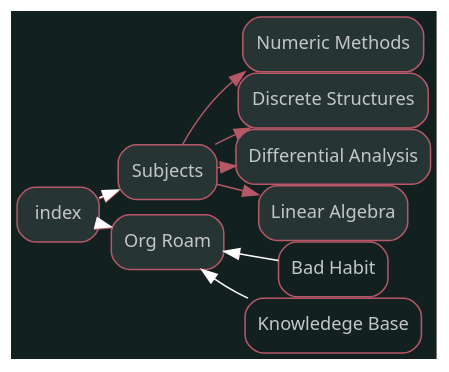
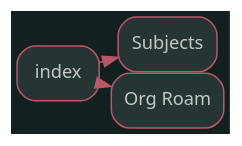
One commit to Kalelzar/Knowledge changed the diagram in src/dot/index.dot. Above: the diagram before and after it, drawn with Graphviz. The commit also changed 484 other files, not shown here.

```diff
--- a/src/dot/index.dot
+++ b/src/dot/index.dot
@@ -1,4 +1,4 @@
 digraph "index" {graph [nodesep=0,ranksep=0,rankdir="LR",bgcolor="#132020"];node [shape="rectangle",style="rounded,filled",fontname="sans",fontsize="12px",labelfontname="sans",color="#b75867",fillcolor="#273434",fontcolor="#c4c7c7"];"index" [label="index",tooltip="index",URL="/Knowledge/index.html",target="_parent"];"Subjects" [label="Subjects",tooltip="Subjects",URL="/Knowledge/Subjects.html",target="_parent"];"Org Roam" [label="Org Roam",tooltip="Org Roam",URL="/Knowledge/Org Roam.html",target="_parent"];subgraph "Forward index" {edge [color="#b75867"];"index" -> "Subjects";"index" -> "Org Roam";}
-node [shape="rectangle",style="rounded",fontname="sans",fontsize="12px",labelfontname="sans",color="#b75867",fillcolor="#FFFFFF",fontcolor="#c4c7c7"];subgraph "Backward index" {edge [dir="back",color="#FFFFFF"];}node [shape="rectangle",style="rounded,filled",fontname="sans",fontsize="12px",labelfontname="sans",color="#b75867",fillcolor="#273434",fontcolor="#c4c7c7"];"Subjects" [label="Subjects",tooltip="Subjects",URL="/Knowledge/Subjects.html",target="_parent"];"Numeric Methods" [label="Numeric Methods",tooltip="Numeric Methods",URL="/Knowledge/Numeric Methods.html",target="_parent"];"Discrete Structures" [label="Discrete Structures",tooltip="Discrete Structures",URL="/Knowledge/Discrete Structures.html",target="_parent"];"Differential Analysis" [label="Differential Analysis",tooltip="Differential Analysis",URL="/Knowledge/Differential Analysis.html",target="_parent"];"Linear Algebra" [label="Linear Algebra",tooltip="Linear Algebra",URL="/Knowledge/Linear Algebra.html",target="_parent"];subgraph "Forward Subjects" {edge [color="#b75867"];"Subjects" -> "Numeric Methods";"Subjects" -> "Discrete Structures";"Subjects" -> "Differential Analysis";"Subjects" -> "Linear Algebra";}
-node [shape="rectangle",style="rounded",fontname="sans",fontsize="12px",labelfontname="sans",color="#b75867",fillcolor="#FFFFFF",fontcolor="#c4c7c7"];"index" [label="index",tooltip="index",URL="/Knowledge/index.html",target="_parent"];subgraph "Backward Subjects" {edge [dir="back",color="#FFFFFF"];"Subjects" -> "index";}node [shape="rectangle",style="rounded,filled",fontname="sans",fontsize="12px",labelfontname="sans",color="#b75867",fillcolor="#273434",fontcolor="#c4c7c7"];"Org Roam" [label="Org Roam",tooltip="Org Roam",URL="/Knowledge/Org Roam.html",target="_parent"];subgraph "Forward Org Roam" {edge [color="#b75867"];}
-node [shape="rectangle",style="rounded",fontname="sans",fontsize="12px",labelfontname="sans",color="#b75867",fillcolor="#FFFFFF",fontcolor="#c4c7c7"];"Bad Habit" [label="Bad Habit",tooltip="Bad Habit",URL="/Knowledge/Bad Habit.html",target="_parent"];"index" [label="index",tooltip="index",URL="/Knowledge/index.html",target="_parent"];"Knowledege Base" [label="Knowledege Base",tooltip="Knowledege Base",URL="/Knowledge/Knowledege Base.html",target="_parent"];subgraph "Backward Org Roam" {edge [dir="back",color="#FFFFFF"];"Org Roam" -> "Bad Habit";"Org Roam" -> "index";"Org Roam" -> "Knowledege Base";}}
+node [shape="rectangle",style="rounded",fontname="sans",fontsize="12px",labelfontname="sans",color="#b75867",fillcolor="#FFFFFF",fontcolor="#c4c7c7"];subgraph "Backward index" {edge [dir="back",color="#FFFFFF"];}node [shape="rectangle",style="rounded,filled",fontname="sans",fontsize="12px",labelfontname="sans",color="#b75867",fillcolor="#273434",fontcolor="#c4c7c7"];"Subjects" [label="Subjects",tooltip="Subjects",URL="/Knowledge/Subjects.html",target="_parent"];subgraph "Forward Subjects" {edge [color="#b75867"];}
+node [shape="rectangle",style="rounded",fontname="sans",fontsize="12px",labelfontname="sans",color="#b75867",fillcolor="#FFFFFF",fontcolor="#c4c7c7"];subgraph "Backward Subjects" {edge [dir="back",color="#FFFFFF"];}node [shape="rectangle",style="rounded,filled",fontname="sans",fontsize="12px",labelfontname="sans",color="#b75867",fillcolor="#273434",fontcolor="#c4c7c7"];"Org Roam" [label="Org Roam",tooltip="Org Roam",URL="/Knowledge/Org Roam.html",target="_parent"];subgraph "Forward Org Roam" {edge [color="#b75867"];}
+node [shape="rectangle",style="rounded",fontname="sans",fontsize="12px",labelfontname="sans",color="#b75867",fillcolor="#FFFFFF",fontcolor="#c4c7c7"];subgraph "Backward Org Roam" {edge [dir="back",color="#FFFFFF"];}}
```
